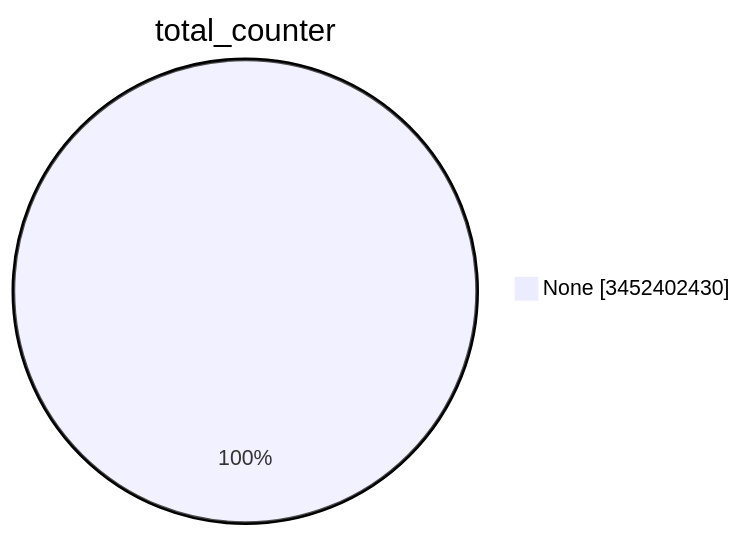
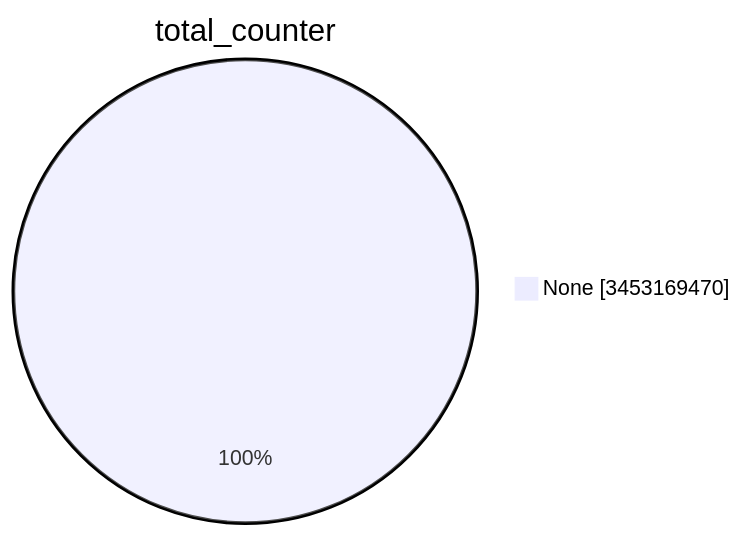
Before and after one commit to christiankrug/ctmonitor_visualization: the first of 15 diagrams in TOTAL/README.md, drawn with Mermaid. The commit also changed other lines of this file, not shown here.

````diff
--- a/TOTAL/README.md
+++ b/TOTAL/README.md
@@ -1,5 +1,5 @@
 ```mermaid
 pie showData
 title total_counter
-"None" :3452402430
+"None" :3453169470
 ```
````
